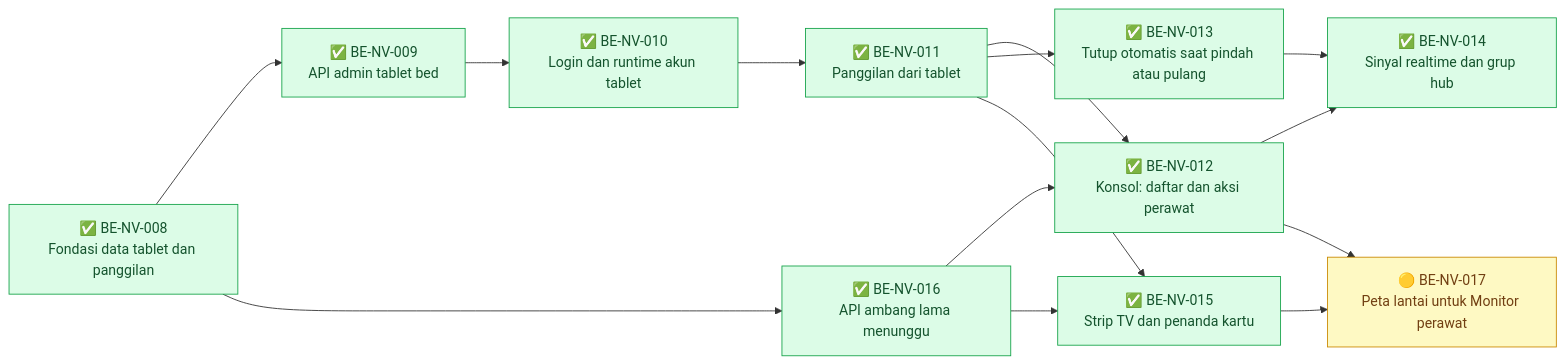
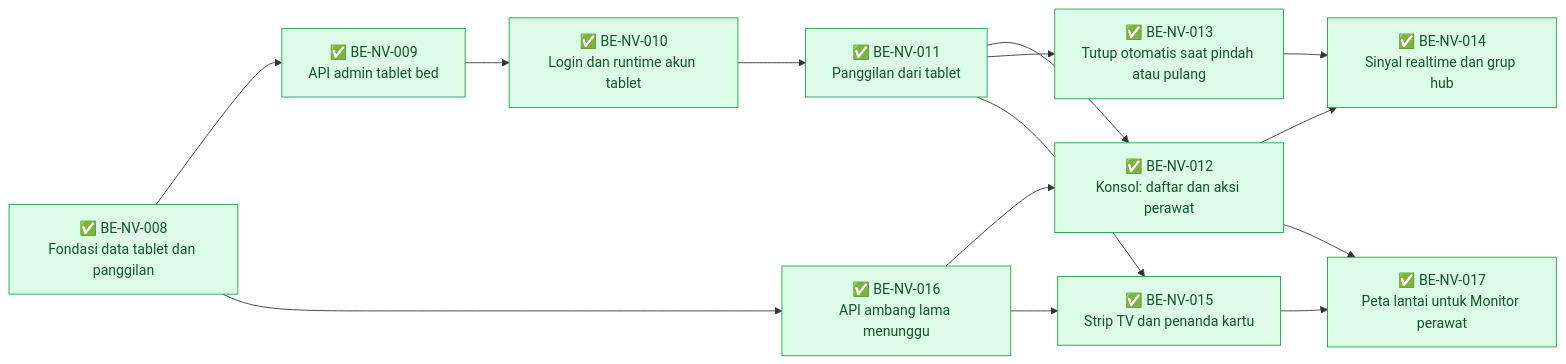
The second of 2 diagrams in docs/module-blueprints/nurse-view/roadmap/backend-roadmap.md (DevBenari/NewQuilvianSystemBackend), drawn with Mermaid before and after one commit. The commit also changed other lines of this file and 4 other files, not shown here.

````diff
--- a/docs/module-blueprints/nurse-view/roadmap/backend-roadmap.md
+++ b/docs/module-blueprints/nurse-view/roadmap/backend-roadmap.md
@@ -204,32 +204,32 @@
 ```mermaid
 flowchart LR
     classDef selesai fill:#DCFCE7,stroke:#16A34A,color:#14532D
     classDef sebagian fill:#FEF9C3,stroke:#CA8A04,color:#713F12
     classDef terblokir fill:#FEE2E2,stroke:#DC2626,color:#7F1D1D
     classDef belum fill:#F1F5F9,stroke:#64748B,color:#0F172A
 
     BENV008["✅ BE-NV-008<br/>Fondasi data tablet dan panggilan"]:::selesai
     BENV009["✅ BE-NV-009<br/>API admin tablet bed"]:::selesai
     BENV010["✅ BE-NV-010<br/>Login dan runtime akun tablet"]:::selesai
     BENV011["✅ BE-NV-011<br/>Panggilan dari tablet"]:::selesai
     BENV012["✅ BE-NV-012<br/>Konsol: daftar dan aksi perawat"]:::selesai
     BENV013["✅ BE-NV-013<br/>Tutup otomatis saat pindah atau pulang"]:::selesai
     BENV014["✅ BE-NV-014<br/>Sinyal realtime dan grup hub"]:::selesai
     BENV015["✅ BE-NV-015<br/>Strip TV dan penanda kartu"]:::selesai
     BENV016["✅ BE-NV-016<br/>API ambang lama menunggu"]:::selesai
-    BENV017["🟡 BE-NV-017<br/>Peta lantai untuk Monitor perawat"]:::sebagian
+    BENV017["✅ BE-NV-017<br/>Peta lantai untuk Monitor perawat"]:::selesai
 
     BENV008 --> BENV009
     BENV009 --> BENV010
     BENV010 --> BENV011
     BENV011 --> BENV012
     BENV011 --> BENV013
     BENV011 --> BENV015
     BENV008 --> BENV016
     BENV016 --> BENV012
     BENV016 --> BENV015
     BENV012 --> BENV014
     BENV013 --> BENV014
     BENV012 --> BENV017
     BENV015 --> BENV017
 ```
````
